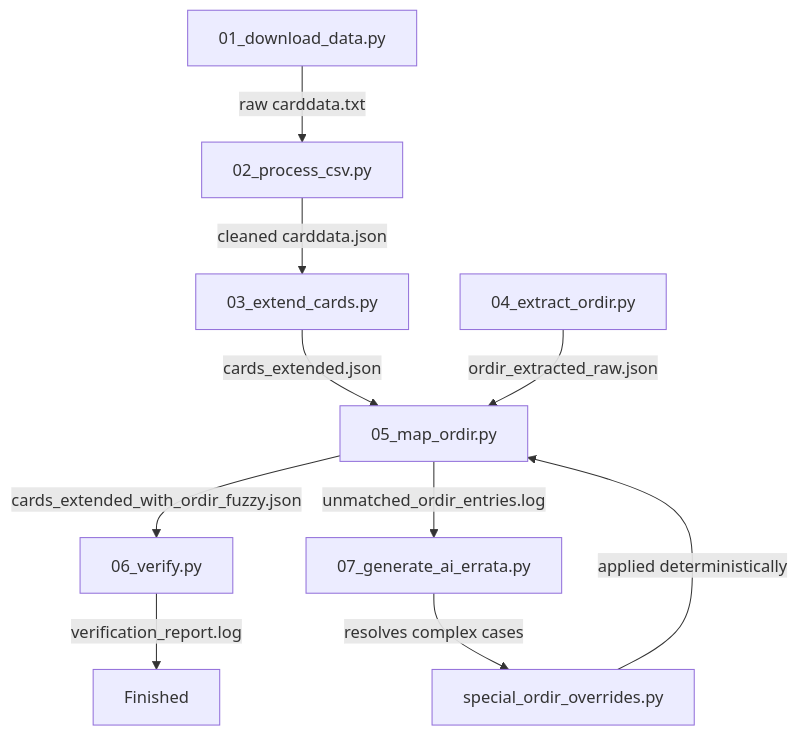
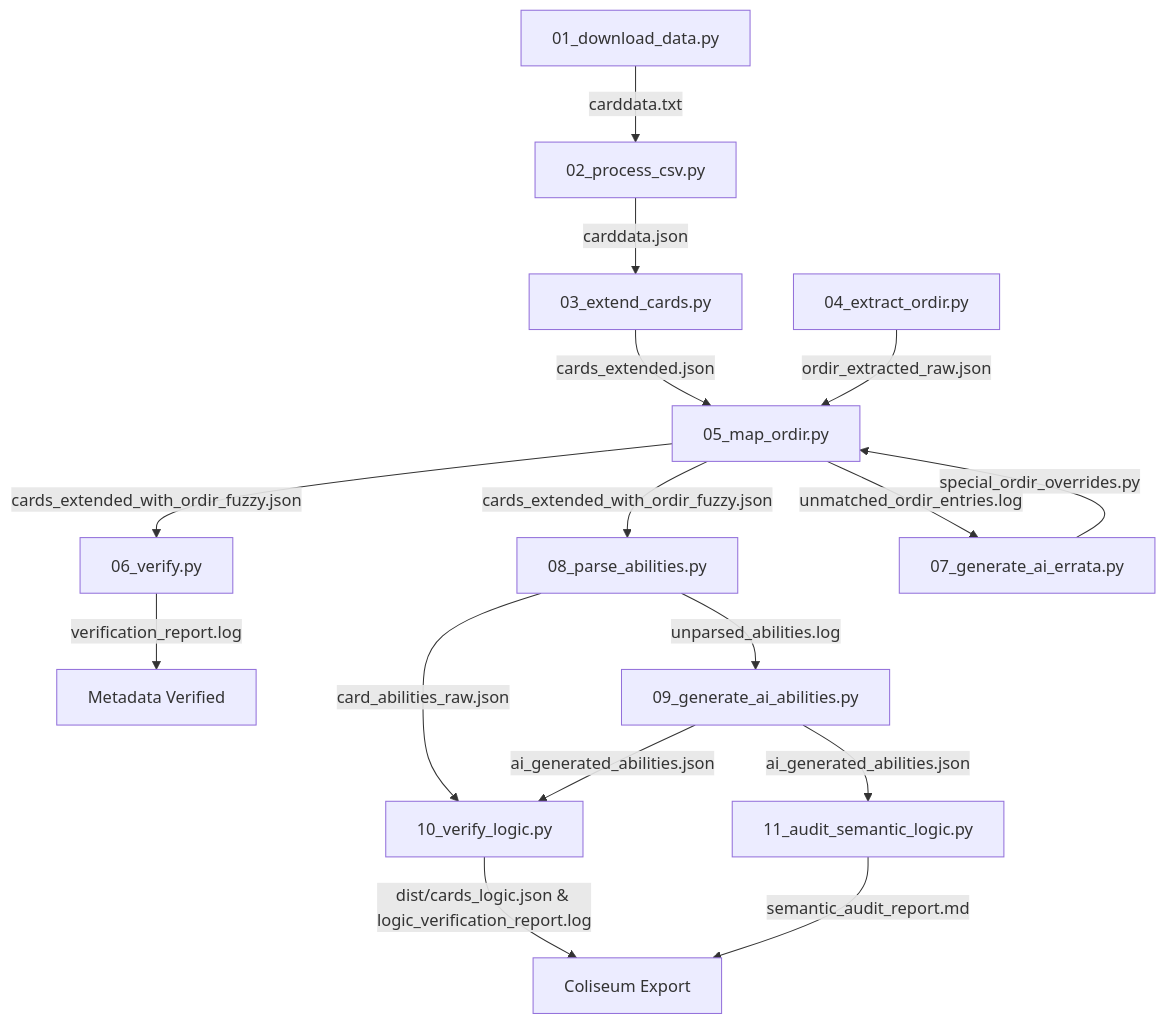
The diagram in Tools/RedemptionCardData/README.md (RrTe/Redemption), drawn with Mermaid before and after one commit. The commit also changed other lines of this file and 41 other files, not shown here.

First line of the commit message:
fix(carddata): harden stage 08-11 AST pipeline, ORDIR 7.1.0 cleanup, and card_titles linking

````diff
--- a/Tools/RedemptionCardData/README.md
+++ b/Tools/RedemptionCardData/README.md
@@ -37,12 +40,18 @@
 ```mermaid
 graph TD
-    A[01_download_data.py] -->|raw carddata.txt| B[02_process_csv.py]
-    B -->|cleaned carddata.json| C[03_extend_cards.py]
+    A[01_download_data.py] -->|carddata.txt| B[02_process_csv.py]
+    B -->|carddata.json| C[03_extend_cards.py]
     C -->|cards_extended.json| E[05_map_ordir.py]
     D[04_extract_ordir.py] -->|ordir_extracted_raw.json| E
     E -->|cards_extended_with_ordir_fuzzy.json| F[06_verify.py]
+    E -->|cards_extended_with_ordir_fuzzy.json| J[08_parse_abilities.py]
     E -->|unmatched_ordir_entries.log| H[07_generate_ai_errata.py]
-    H -->|resolves complex cases| I[special_ordir_overrides.py]
-    I -->|applied deterministically| E
-    F -->|verification_report.log| G[Finished]
+    H -->|special_ordir_overrides.py| E
+    F -->|verification_report.log| G[Metadata Verified]
+    J -->|card_abilities_raw.json| L[10_verify_logic.py]
+    J -->|unparsed_abilities.log| K[09_generate_ai_abilities.py]
+    K -->|ai_generated_abilities.json| L
+    K -->|ai_generated_abilities.json| M[11_audit_semantic_logic.py]
+    L -->|dist/cards_logic.json & logic_verification_report.log| N[Coliseum Export]
+    M -->|semantic_audit_report.md| N
 ```
````
